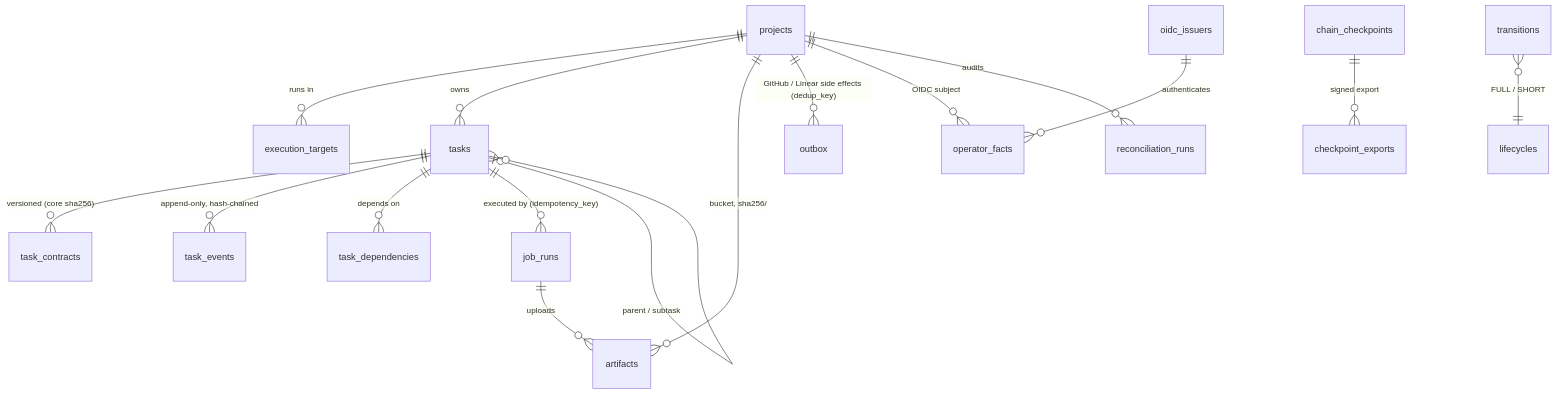
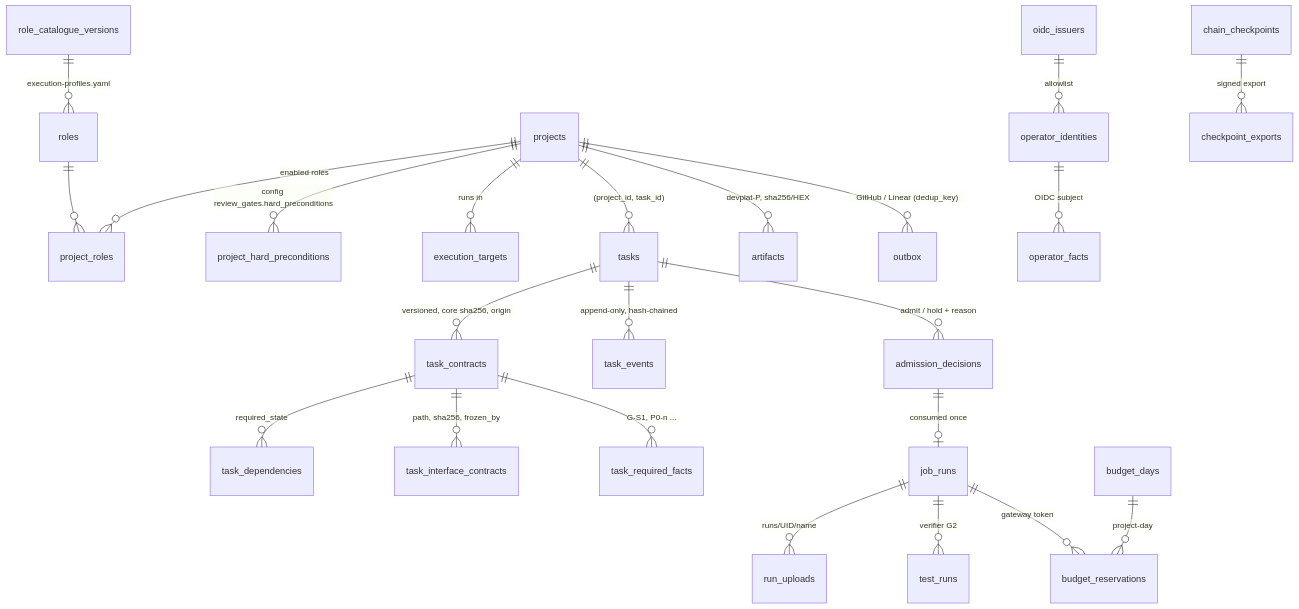
Before and after one commit to usjbro/Project-Mercury: the diagram in docs/mercury/development-orchestration/19-postgresql-state.md, drawn with Mermaid. The commit also changed other lines of this file and 4 other files, not shown here.

First line of the commit message:
devplat: ADR-022/023/024 aligned with R6 decisions (D10, D13, D18, D23, A-29); admission cases read the vendored Job fixture (A-04)

````diff
--- a/docs/mercury/development-orchestration/19-postgresql-state.md
+++ b/docs/mercury/development-orchestration/19-postgresql-state.md
@@ -30,18 +37,25 @@
 ```mermaid
 erDiagram
+    role_catalogue_versions ||--o{ roles : "execution-profiles.yaml"
+    projects ||--o{ project_roles : "enabled roles"
+    roles ||--o{ project_roles : ""
+    projects ||--o{ project_hard_preconditions : "config review_gates.hard_preconditions"
     projects ||--o{ execution_targets : "runs in"
-    projects ||--o{ tasks : owns
-    tasks ||--o{ task_contracts : "versioned (core sha256)"
+    projects ||--o{ tasks : "(project_id, task_id)"
+    tasks ||--o{ task_contracts : "versioned, core sha256, origin"
+    task_contracts ||--o{ task_dependencies : "required_state"
+    task_contracts ||--o{ task_interface_contracts : "path, sha256, frozen_by"
+    task_contracts ||--o{ task_required_facts : "G-S1, P0-n ..."
     tasks ||--o{ task_events : "append-only, hash-chained"
-    tasks ||--o{ task_dependencies : "depends on"
-    tasks ||--o{ job_runs : "executed by (idempotency_key)"
-    tasks |o--o{ tasks : "parent / subtask"
-    job_runs ||--o{ artifacts : uploads
-    projects ||--o{ artifacts : "bucket, sha256/<hex>"
-    projects ||--o{ outbox : "GitHub / Linear side effects (dedup_key)"
-    projects ||--o{ operator_facts : "OIDC subject"
-    oidc_issuers ||--o{ operator_facts : authenticates
-    projects ||--o{ reconciliation_runs : audits
+    tasks ||--o{ admission_decisions : "admit / hold + reason"
+    admission_decisions ||--o| job_runs : "consumed once"
+    job_runs ||--o{ run_uploads : "runs/UID/name"
+    job_runs ||--o{ test_runs : "verifier G2"
+    job_runs ||--o{ budget_reservations : "gateway token"
+    budget_days ||--o{ budget_reservations : "project-day"
+    projects ||--o{ artifacts : "devplat-P, sha256/HEX"
+    projects ||--o{ outbox : "GitHub / Linear (dedup_key)"
+    oidc_issuers ||--o{ operator_identities : allowlist
+    operator_identities ||--o{ operator_facts : "OIDC subject"
     chain_checkpoints ||--o{ checkpoint_exports : "signed export"
-    transitions }o--|| lifecycles : "FULL / SHORT"
 ```
````
